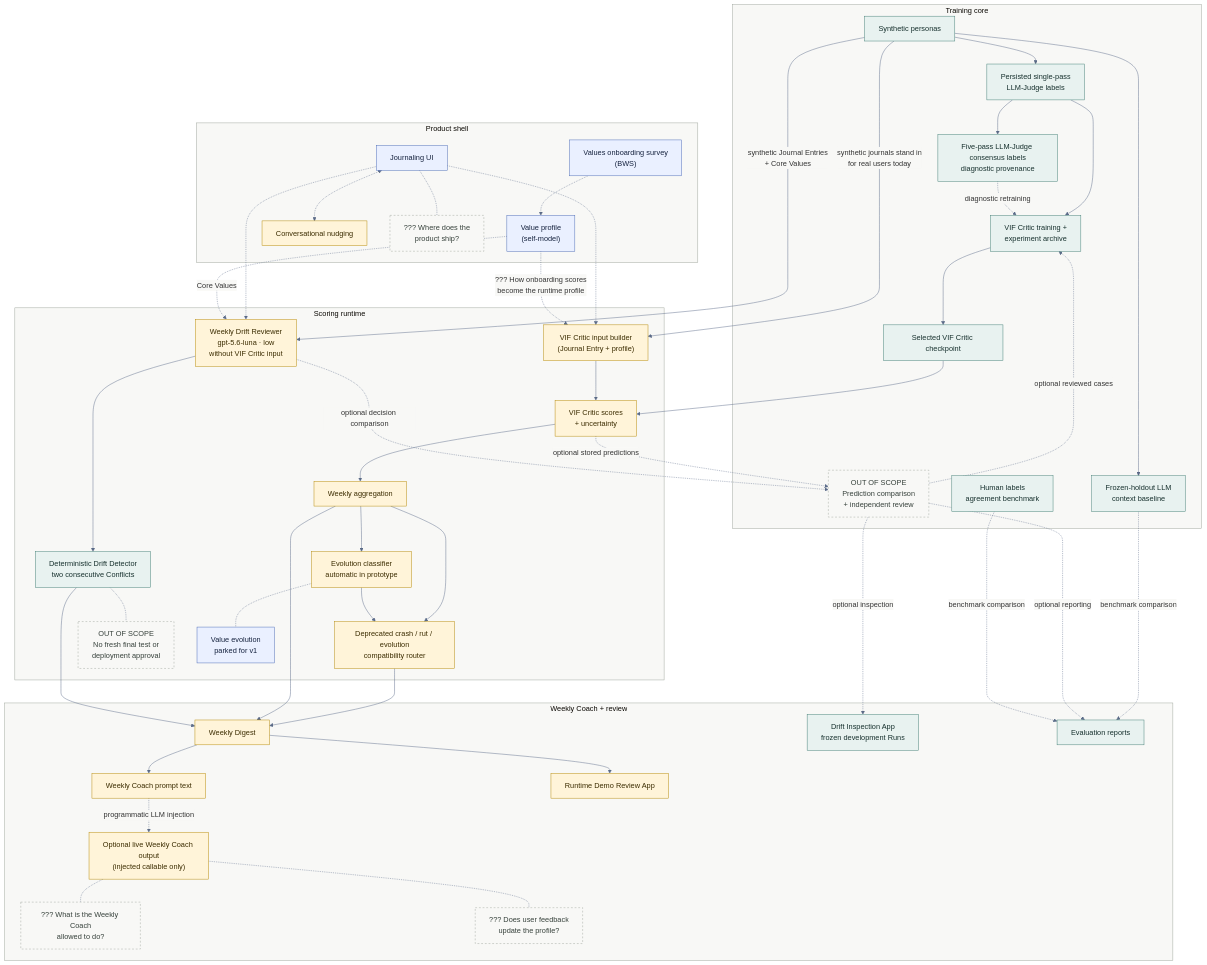
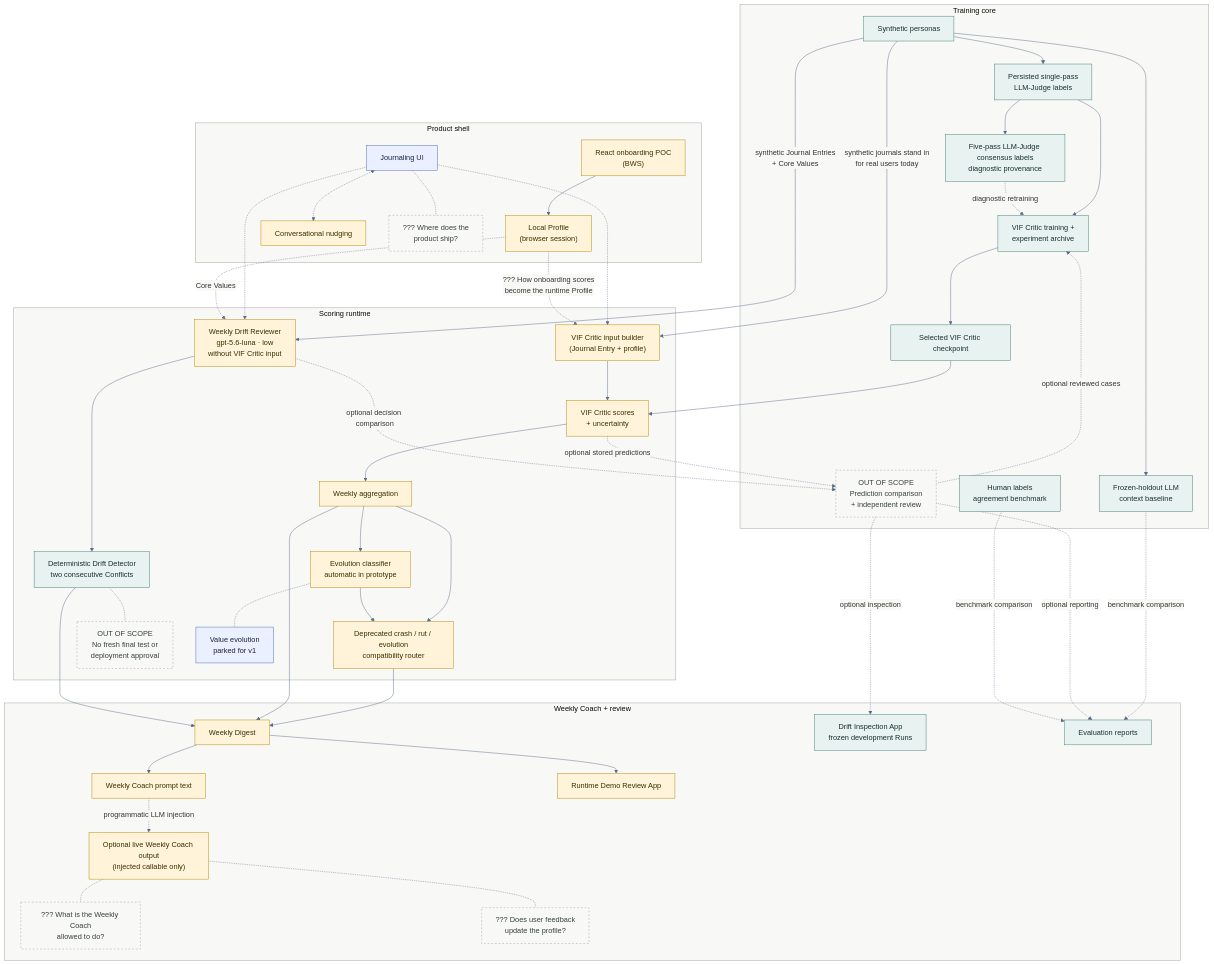
Before and after one commit to DesmondChoy/twinkl: the diagram in docs/architecture/e2e_architecture.md, drawn with Mermaid. The commit also changed other lines of this file and 21 other files, not shown here.

First line of the commit message:
feat: add React onboarding flow

````diff
--- a/docs/architecture/e2e_architecture.md
+++ b/docs/architecture/e2e_architecture.md
@@ -46,8 +46,8 @@
     end
 
     subgraph product["Product shell"]
-        onboarding["Values onboarding survey<br/>(BWS)"]
-        profile["Value profile<br/>(self-model)"]
+        onboarding["React onboarding POC<br/>(BWS)"]
+        profile["Local Profile<br/>(browser session)"]
         journaling["Journaling UI"]
         nudges["Conversational nudging"]
         d_surface["??? Where does the<br/>product ship?"]
@@ -91,12 +91,12 @@
     %% Human benchmark, not label production
     annotation -. "benchmark comparison" .-> reports
 
-    %% Product shell (specified, not wired to real users yet)
-    onboarding -.-> profile
+    %% Product shell (onboarding works locally; runtime handoff is not wired)
+    onboarding --> profile
     journaling <-.-> nudges
     journaling -.-> state
     journaling -.-> reviewer
-    profile -. "??? How onboarding scores<br/>become the runtime profile" .-> state
+    profile -. "??? How onboarding scores<br/>become the runtime Profile" .-> state
     profile -. "Core Values" .-> reviewer
 
     %% What actually feeds the runtime today
@@ -125,8 +125,8 @@
     narrative -.- d_feedback
 
     class personas,judge,consensus,annotation,critic_train,checkpoint,llm_baseline,drift_v1,drift_review,reports implemented;
-    class state,scores,weekly,drift,evolution,reviewer,digest,prompt,narrative,runtime_review,nudges partial;
-    class onboarding,profile,journaling,d_evolution specified;
+    class state,scores,weekly,drift,evolution,reviewer,digest,prompt,narrative,runtime_review,nudges,onboarding,profile partial;
+    class journaling,d_evolution specified;
     class d_surface,d_boundary,d_feedback decision;
     class d_trigger,offline_review scope;
 ```
````
